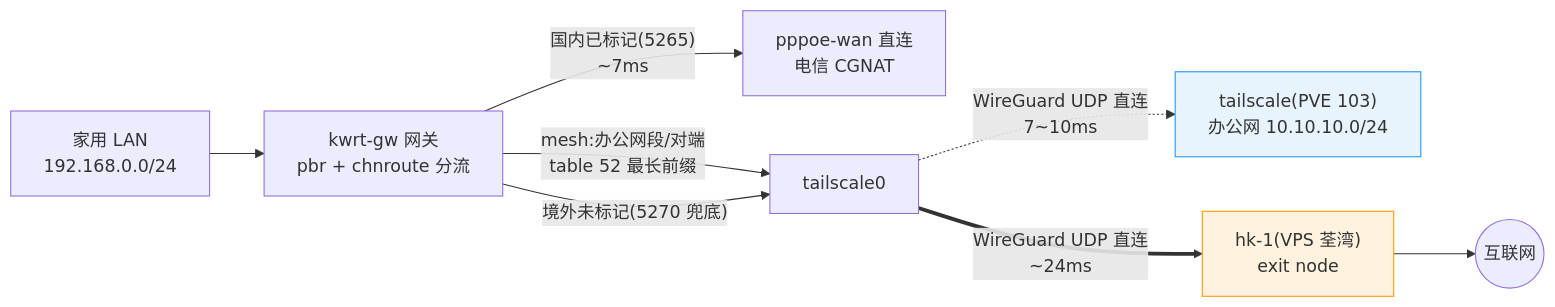
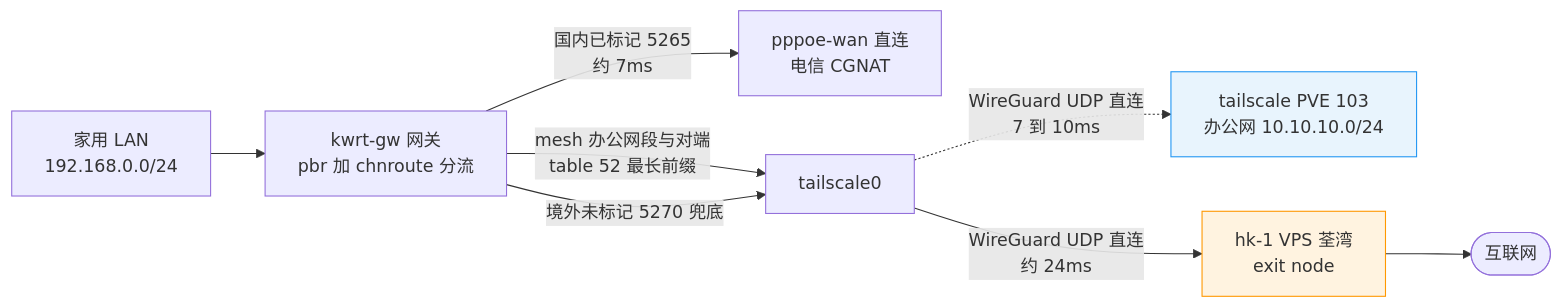
One commit to passiolin/docs changed the diagram in docs/部署相关/openwrt/README.md. Above: the diagram before and after it, drawn with Mermaid. The commit also changed other lines of this file, not shown here.

Commit message:
重写 openwrt README 链路图:避开 ==> 加粗箭头配引号标签的 mermaid 解析 bug,标签去除冒号与括号

````diff
--- a/docs/部署相关/openwrt/README.md
+++ b/docs/部署相关/openwrt/README.md
@@ -24,15 +24,15 @@
 ```mermaid
 flowchart LR
-    LAN["家用 LAN<br/>192.168.0.0/24"] --> GW["kwrt-gw 网关<br/>pbr + chnroute 分流"]
+    LAN["家用 LAN<br/>192.168.0.0/24"] --> GW["kwrt-gw 网关<br/>pbr 加 chnroute 分流"]
 
-    GW -->|"国内已标记(5265)<br/>~7ms"| WAN["pppoe-wan 直连<br/>电信 CGNAT"]
-    GW -->|"mesh:办公网段/对端<br/>table 52 最长前缀"| TS0["tailscale0"]
-    GW -->|"境外未标记(5270 兜底)"| TS0
+    GW -->|"国内已标记 5265<br/>约 7ms"| WAN["pppoe-wan 直连<br/>电信 CGNAT"]
+    GW -->|"mesh 办公网段与对端<br/>table 52 最长前缀"| TS0["tailscale0"]
+    GW -->|"境外未标记 5270 兜底"| TS0
 
-    TS0 -.->|"WireGuard UDP 直连<br/>7~10ms"| PVE["tailscale(PVE 103)<br/>办公网 10.10.10.0/24"]
-    TS0 ==>|"WireGuard UDP 直连<br/>~24ms"| HK1["hk-1(VPS 荃湾)<br/>exit node"]
-    HK1 --> NET(("互联网"))
+    TS0 -.->|"WireGuard UDP 直连<br/>7 到 10ms"| PVE["tailscale PVE 103<br/>办公网 10.10.10.0/24"]
+    TS0 -->|"WireGuard UDP 直连<br/>约 24ms"| HK1["hk-1 VPS 荃湾<br/>exit node"]
+    HK1 --> NET(["互联网"])
 
     style PVE fill:#e8f4fd,stroke:#2196f3
     style HK1 fill:#fff3e0,stroke:#ff9800
 ```
````
